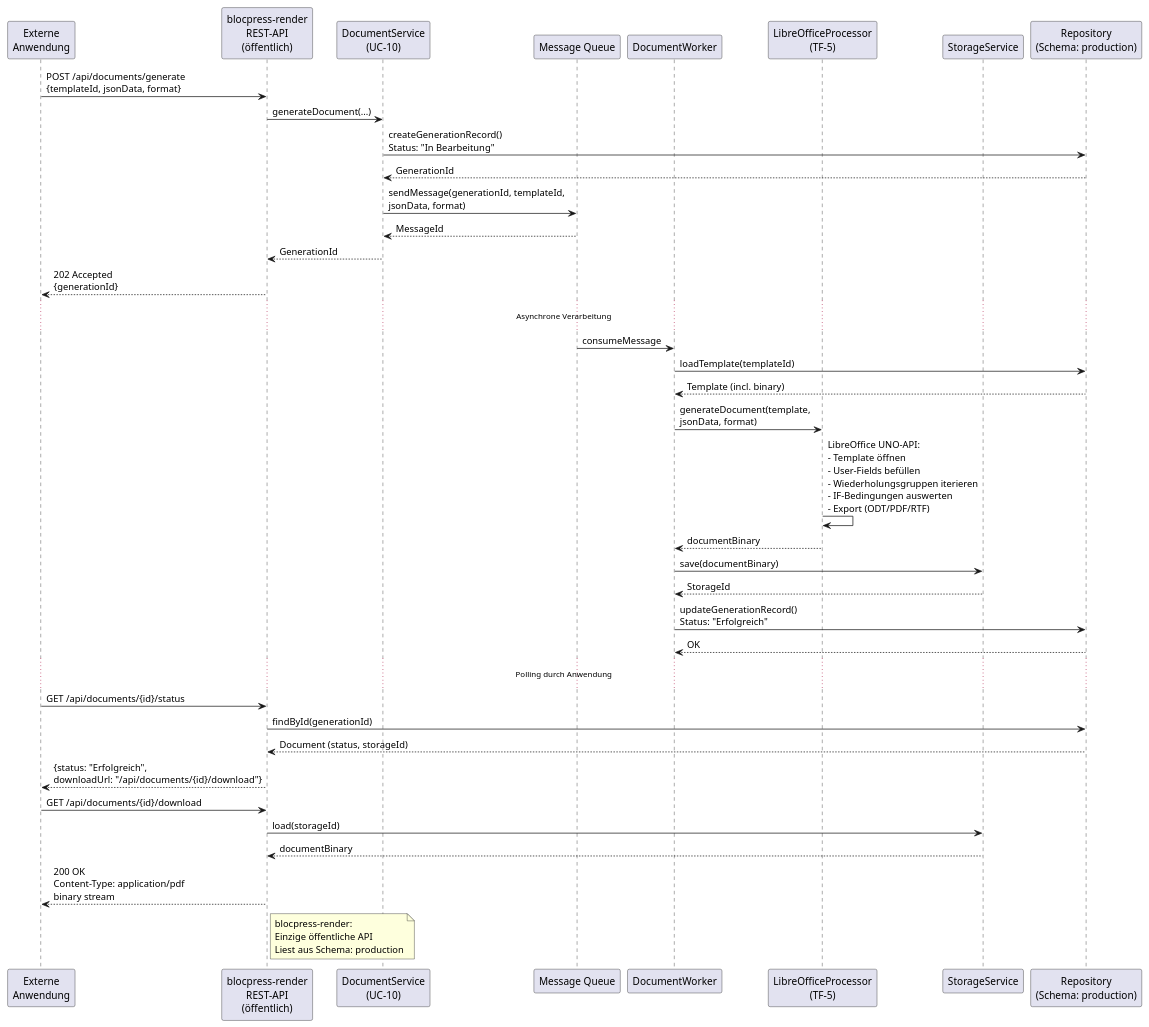
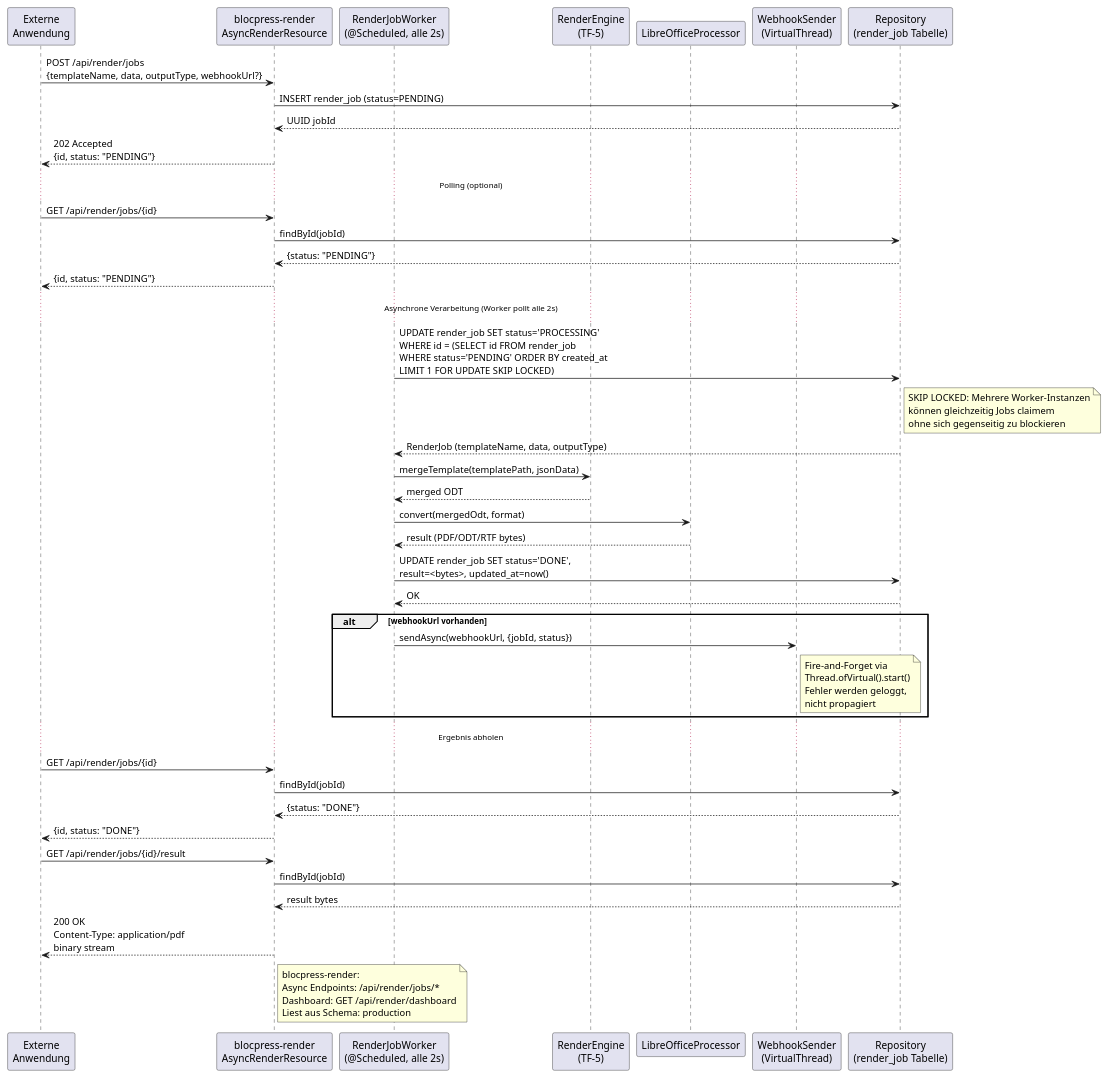
One commit to flaechsig/blocpress changed the tenth of 20 diagrams in docs/specification/arc42.adoc. Above: the diagram before and after it, drawn with PlantUML. The commit also changed other lines of this file and 6 other files, not shown here.

```diff
--- a/docs/specification/arc42.adoc
+++ b/docs/specification/arc42.adoc
@@ -993,53 +1007,69 @@
 [plantuml, laufzeit-doc-generation, svg]
 ----
 @startuml
 participant "Externe\nAnwendung" as App
-participant "blocpress-render\nREST-API\n(öffentlich)" as API
-participant "DocumentService\n(UC-10)" as UC
-participant "Message Queue" as MQ
-participant "DocumentWorker" as Worker
-participant "LibreOfficeProcessor\n(TF-5)" as LO
-participant "StorageService" as Storage
-participant "Repository\n(Schema: production)" as Repo
+participant "blocpress-render\nAsyncRenderResource" as API
+participant "RenderJobWorker\n(@Scheduled, alle 2s)" as Worker
+participant "RenderEngine\n(TF-5)" as Engine
+participant "LibreOfficeProcessor" as LO
+participant "WebhookSender\n(VirtualThread)" as Webhook
+participant "Repository\n(render_job Tabelle)" as Repo
 
-App -> API : POST /api/documents/generate\n{templateId, jsonData, format}
-API -> UC : generateDocument(...)
-UC -> Repo : createGenerationRecord()\nStatus: "In Bearbeitung"
-Repo --> UC : GenerationId
-UC -> MQ : sendMessage(generationId, templateId,\njsonData, format)
-MQ --> UC : MessageId
-UC --> API : GenerationId
-API --> App : 202 Accepted\n{generationId}
+App -> API : POST /api/render/jobs\n{templateName, data, outputType, webhookUrl?}
+API -> Repo : INSERT render_job (status=PENDING)
+Repo --> API : UUID jobId
+API --> App : 202 Accepted\n{id, status: "PENDING"}
 
-... Asynchrone Verarbeitung ...
+... Polling (optional) ...
 
-MQ -> Worker : consumeMessage
-Worker -> Repo : loadTemplate(templateId)
-Repo --> Worker : Template (incl. binary)
-Worker -> LO : generateDocument(template,\njsonData, format)
-LO -> LO : LibreOffice UNO-API:\n- Template öffnen\n- User-Fields befüllen\n- Wiederholungsgruppen iterieren\n- IF-Bedingungen auswerten\n- Export (ODT/PDF/RTF)
-LO --> Worker : documentBinary
-Worker -> Storage : save(documentBinary)
-Storage --> Worker : StorageId
-Worker -> Repo : updateGenerationRecord()\nStatus: "Erfolgreich"
+App -> API : GET /api/render/jobs/{id}
+API -> Repo : findById(jobId)
+Repo --> API : {status: "PENDING"}
+API --> App : {id, status: "PENDING"}
+
+... Asynchrone Verarbeitung (Worker pollt alle 2s) ...
+
+Worker -> Repo : UPDATE render_job SET status='PROCESSING'\nWHERE id = (SELECT id FROM render_job\nWHERE status='PENDING' ORDER BY created_at\nLIMIT 1 FOR UPDATE SKIP LOCKED)
+note right of Repo
+  SKIP LOCKED: Mehrere Worker-Instanzen
+  können gleichzeitig Jobs claimem
+  ohne sich gegenseitig zu blockieren
+end note
+Repo --> Worker : RenderJob (templateName, data, outputType)
+Worker -> Engine : mergeTemplate(templatePath, jsonData)
+Engine --> Worker : merged ODT
+Worker -> LO : convert(mergedOdt, format)
+LO --> Worker : result (PDF/ODT/RTF bytes)
+Worker -> Repo : UPDATE render_job SET status='DONE',\nresult=<bytes>, updated_at=now()
 Repo --> Worker : OK
 
-... Polling durch Anwendung ...
+alt webhookUrl vorhanden
+  Worker -> Webhook : sendAsync(webhookUrl, {jobId, status})
+  note right of Webhook
+    Fire-and-Forget via
+    Thread.ofVirtual().start()
+    Fehler werden geloggt,
+    nicht propagiert
+  end note
+end
 
-App -> API : GET /api/documents/{id}/status
-API -> Repo : findById(generationId)
-Repo --> API : Document (status, storageId)
-API --> App : {status: "Erfolgreich",\ndownloadUrl: "/api/documents/{id}/download"}
+... Ergebnis abholen ...
 
-App -> API : GET /api/documents/{id}/download
-API -> Storage : load(storageId)
-Storage --> API : documentBinary
+App -> API : GET /api/render/jobs/{id}
+API -> Repo : findById(jobId)
+Repo --> API : {status: "DONE"}
+API --> App : {id, status: "DONE"}
+
+App -> API : GET /api/render/jobs/{id}/result
+API -> Repo : findById(jobId)
+Repo --> API : result bytes
 API --> App : 200 OK\nContent-Type: application/pdf\nbinary stream
 
 note right of API
   blocpress-render:
-  Einzige öffentliche API
+  Async Endpoints: /api/render/jobs/*
+  Dashboard: GET /api/render/dashboard
   Liest aus Schema: production
 end note
 @enduml
 ----
```
